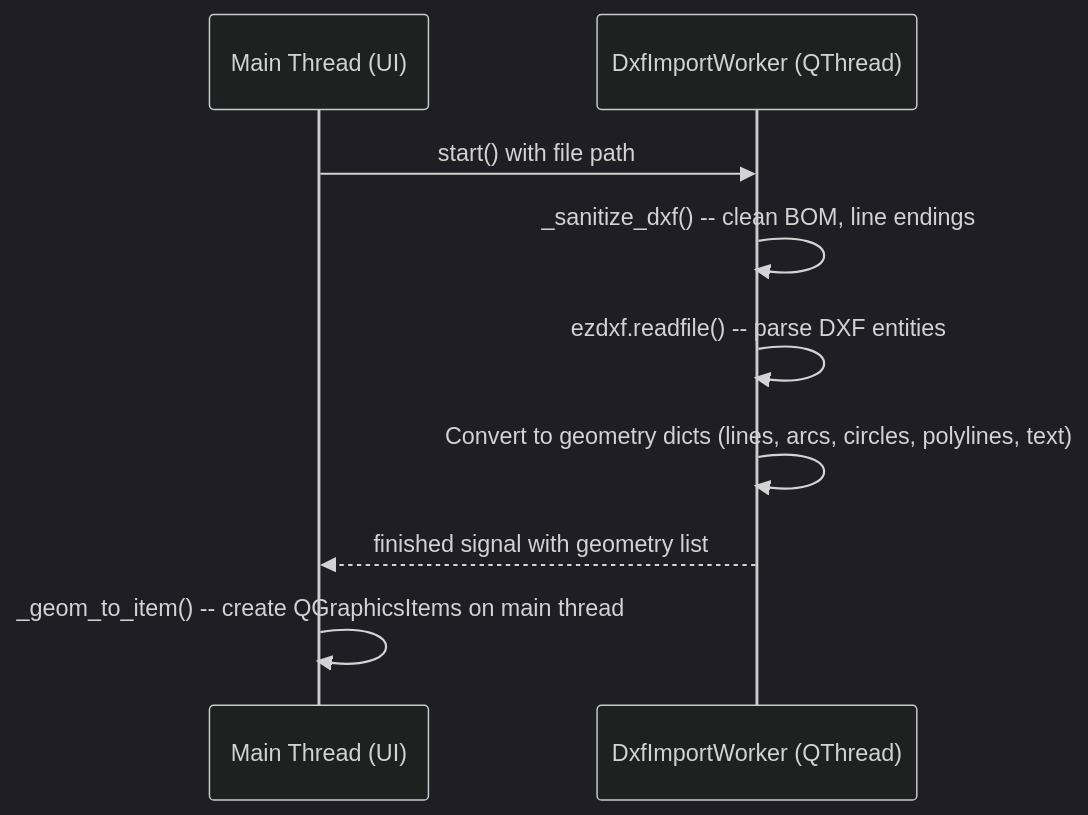
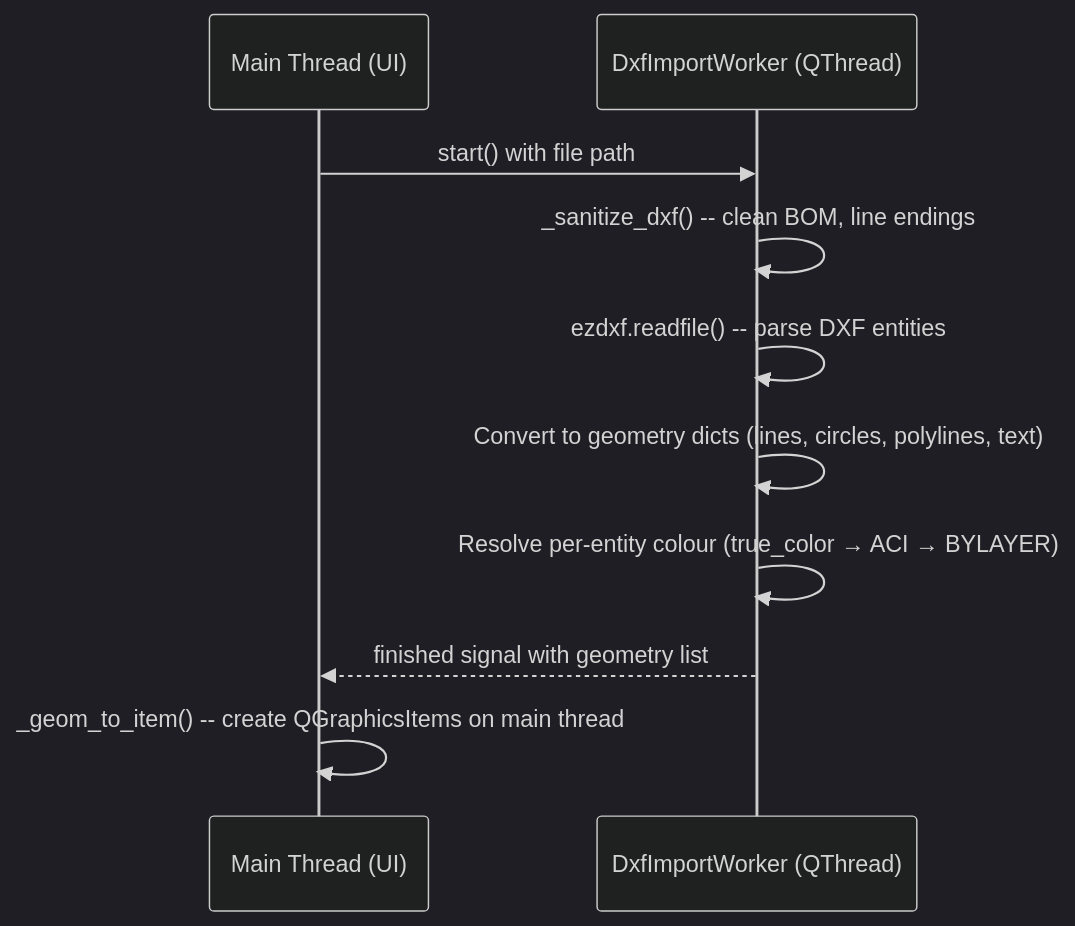
The second of 2 diagrams in docs/architecture/io.md (giannivulcano/FirePro-3D), drawn with Mermaid (dark theme) before and after one commit. The commit also changed other lines of this file and 7 other files, not shown here.

````diff
--- a/docs/architecture/io.md
+++ b/docs/architecture/io.md
@@ -88,12 +88,13 @@
 ```mermaid
 sequenceDiagram
     participant UI as Main Thread (UI)
     participant W as DxfImportWorker (QThread)
 
     UI->>W: start() with file path
     W->>W: _sanitize_dxf() -- clean BOM, line endings
     W->>W: ezdxf.readfile() -- parse DXF entities
-    W->>W: Convert to geometry dicts (lines, arcs, circles, polylines, text)
+    W->>W: Convert to geometry dicts (lines, circles, polylines, text)
+    W->>W: Resolve per-entity colour (true_color → ACI → BYLAYER)
     W-->>UI: finished signal with geometry list
     UI->>UI: _geom_to_item() -- create QGraphicsItems on main thread
 ```
````
